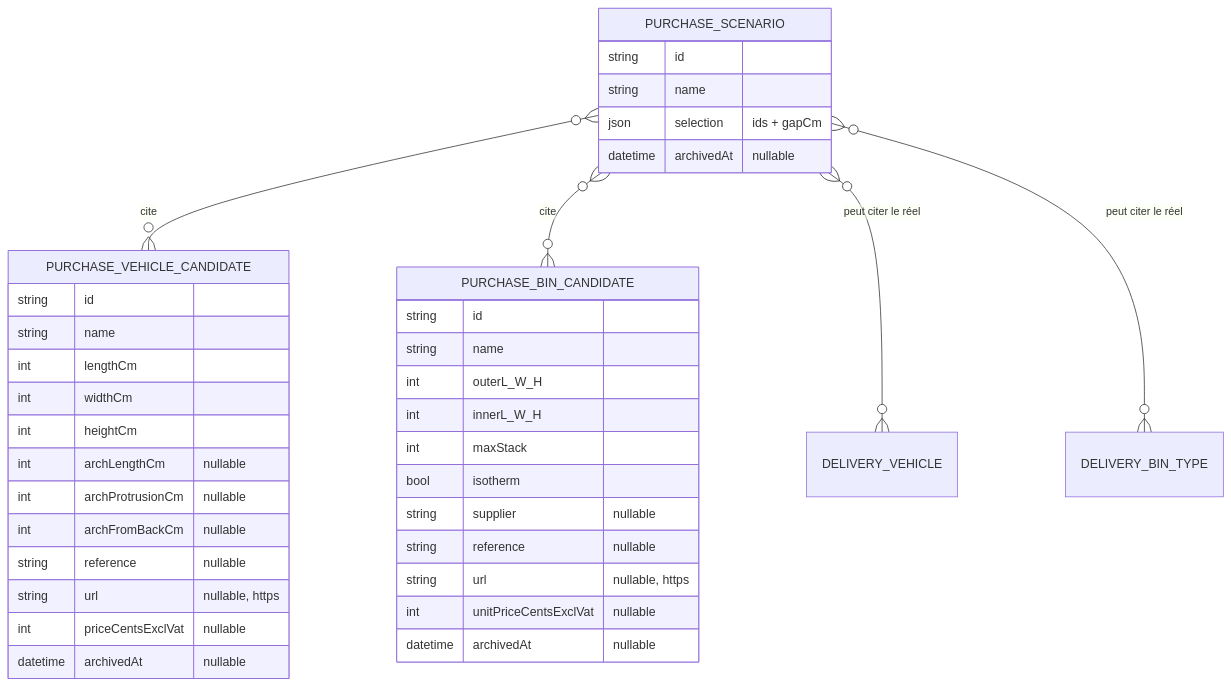
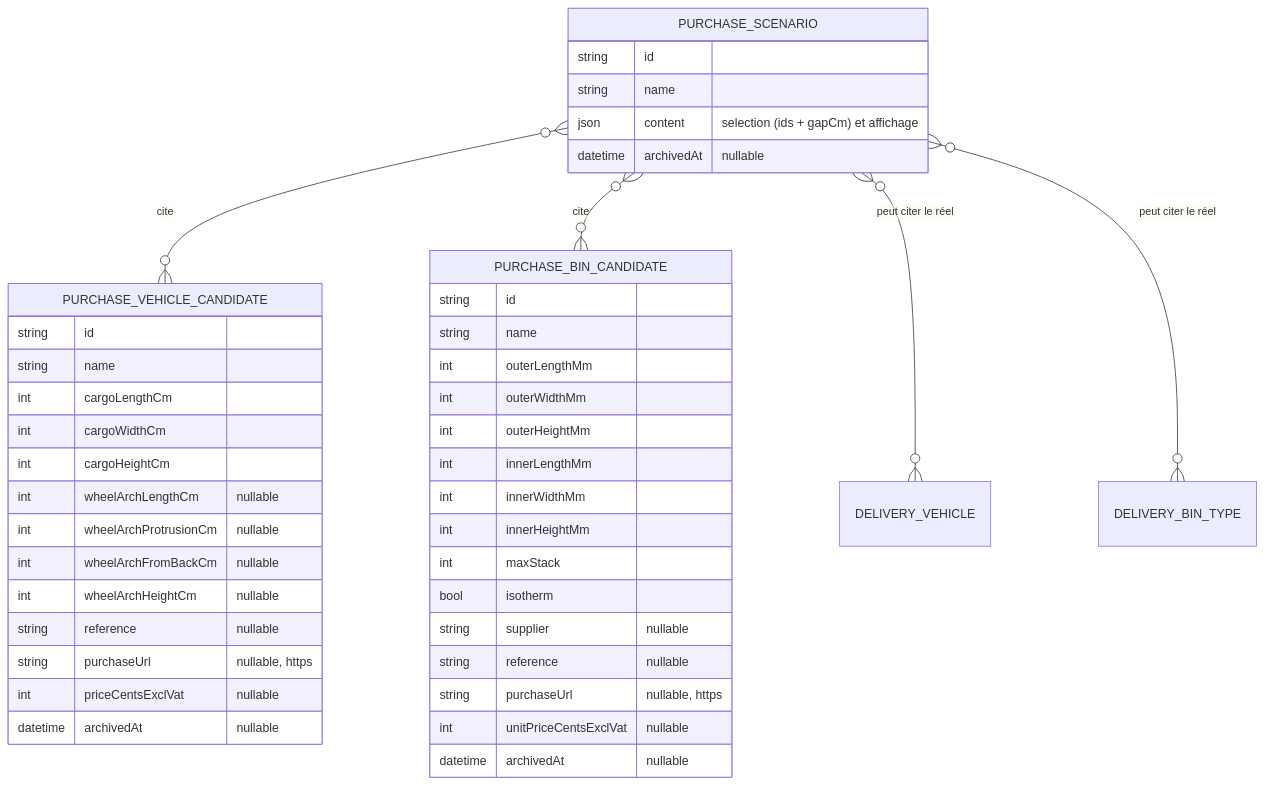
Before and after one commit to hugoheynard/lfd: the first of 2 diagrams in documentation/livraisons/plan-bibliotheque-d-achat.md, drawn with Mermaid. The commit also changed other lines of this file and 31 other files, not shown here.

````diff
--- a/documentation/livraisons/plan-bibliotheque-d-achat.md
+++ b/documentation/livraisons/plan-bibliotheque-d-achat.md
@@ -34,40 +36,45 @@
 ```mermaid
 erDiagram
   PURCHASE_VEHICLE_CANDIDATE {
     string id
     string name
-    int lengthCm
-    int widthCm
-    int heightCm
-    int archLengthCm "nullable"
-    int archProtrusionCm "nullable"
-    int archFromBackCm "nullable"
+    int cargoLengthCm
+    int cargoWidthCm
+    int cargoHeightCm
+    int wheelArchLengthCm "nullable"
+    int wheelArchProtrusionCm "nullable"
+    int wheelArchFromBackCm "nullable"
+    int wheelArchHeightCm "nullable"
     string reference "nullable"
-    string url "nullable, https"
+    string purchaseUrl "nullable, https"
     int priceCentsExclVat "nullable"
     datetime archivedAt "nullable"
   }
   PURCHASE_BIN_CANDIDATE {
     string id
     string name
-    int outerL_W_H
-    int innerL_W_H
+    int outerLengthMm
+    int outerWidthMm
+    int outerHeightMm
+    int innerLengthMm
+    int innerWidthMm
+    int innerHeightMm
     int maxStack
     bool isotherm
     string supplier "nullable"
     string reference "nullable"
-    string url "nullable, https"
+    string purchaseUrl "nullable, https"
     int unitPriceCentsExclVat "nullable"
     datetime archivedAt "nullable"
   }
   PURCHASE_SCENARIO {
     string id
     string name
-    json selection "ids + gapCm"
+    json content "selection (ids + gapCm) et affichage"
     datetime archivedAt "nullable"
   }
   PURCHASE_SCENARIO }o--o{ PURCHASE_VEHICLE_CANDIDATE : "cite"
   PURCHASE_SCENARIO }o--o{ PURCHASE_BIN_CANDIDATE : "cite"
   PURCHASE_SCENARIO }o--o{ DELIVERY_VEHICLE : "peut citer le réel"
   PURCHASE_SCENARIO }o--o{ DELIVERY_BIN_TYPE : "peut citer le réel"
 ```
````
